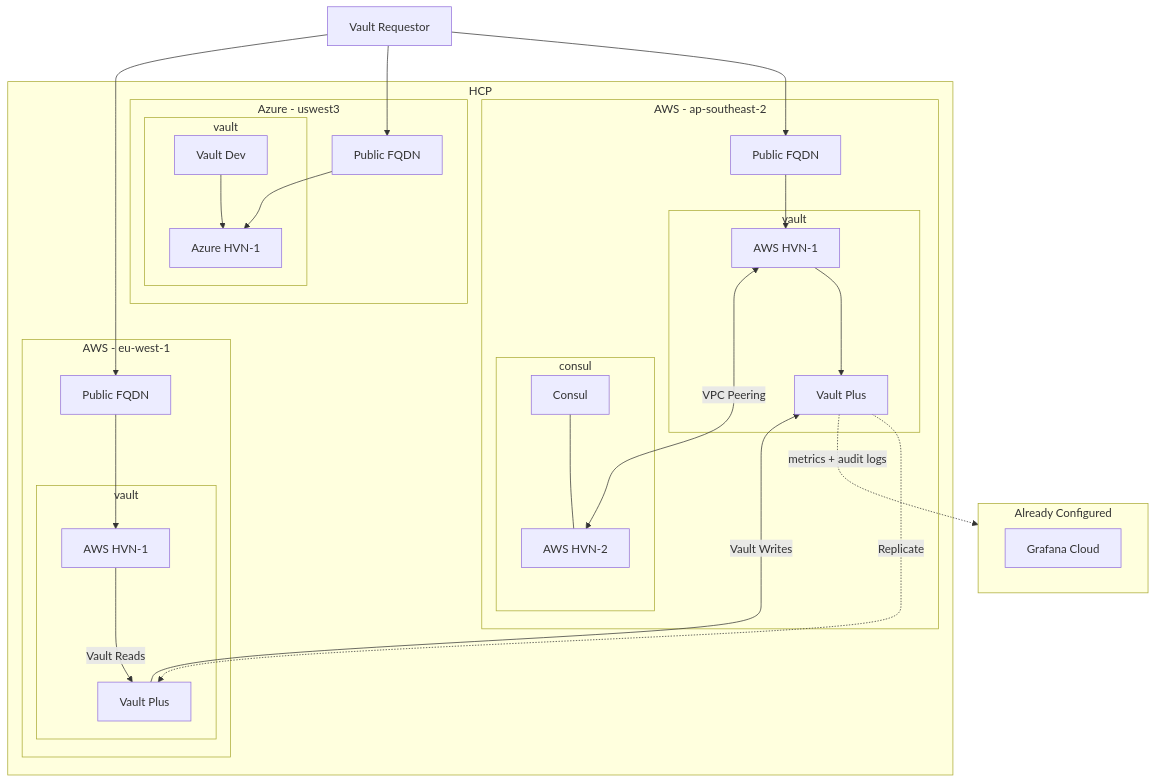
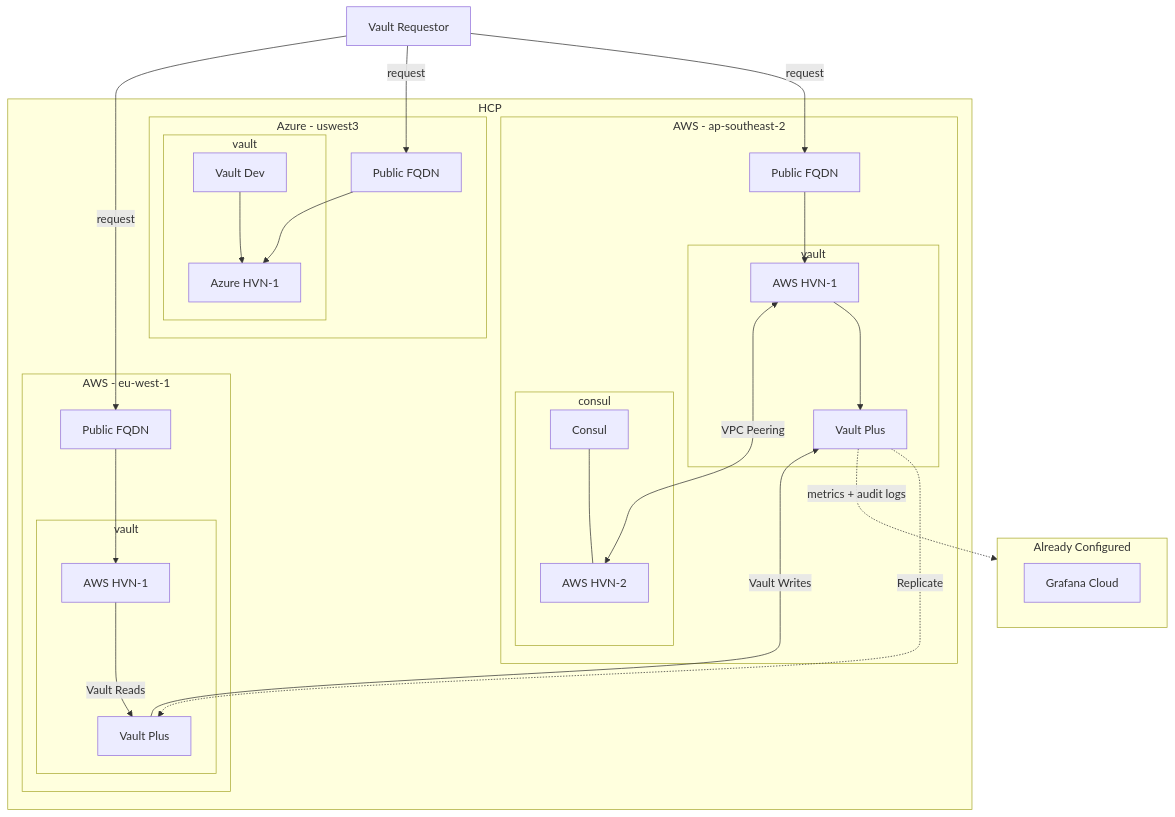
One commit to pandom/tf-hcp-cluster changed the diagram in README.md. Above: the diagram before and after it, drawn with Mermaid.

Commit message:
Adds Request

````diff
--- a/README.md
+++ b/README.md
@@ -14,46 +14,46 @@
 ```mermaid
 flowchart TD
-u[Vault Requestor]-->in
-u-->inaz
-u-->inpr
+u[Vault Requestor]-->|request|in
+u-->|request|inaz
+u-->|request|inpr
 inpr-->awshvnpr
 awshvnpr-->|Vault Reads|hcpvawspr
 hcpvawspr--->|Vault Writes|hcpvaws
 hcpvaws-.->|Replicate|hcpvawspr
 in-->awshvn
 subgraph HCP
 subgraph awseu[AWS - eu-west-1]
 inpr[Public FQDN]
 subgraph vaultpr[vault]
 hcpvawspr[Vault Plus]
 awshvnpr[AWS HVN-1]
 end
 end
 subgraph aws[AWS - ap-southeast-2]
 in[Public FQDN]
 subgraph vault
 hcpvaws[Vault Plus]
 awshvn[AWS HVN-1]
 end
 subgraph consul
 awshvn2[AWS HVN-2]
 hcpcaws[Consul]---awshvn2
 end
 end
 subgraph az[Azure - uswest3]
 inaz[Public FQDN]-->azhvn
 subgraph vaz[vault]
 hcpvaz[Vault Dev]
 azhvn[Azure HVN-1]
 end
 end
 end
 subgraph g[Already Configured]
 gcloud[Grafana Cloud]
 end
 
 awshvn-->hcpvaws
 awshvn <--->|VPC Peering|awshvn2
 hcpvaz-->azhvn
 hcpvaws -.->|metrics + audit logs| g
 ```
````
